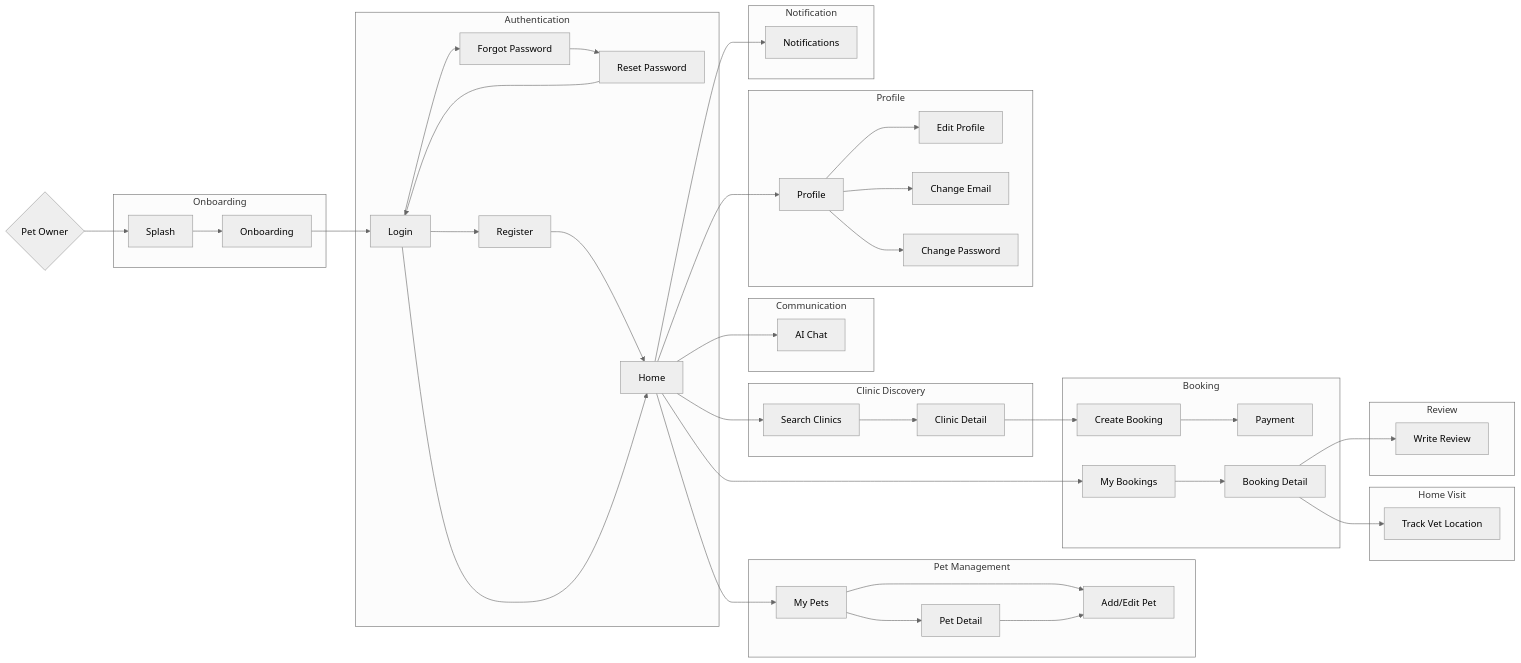
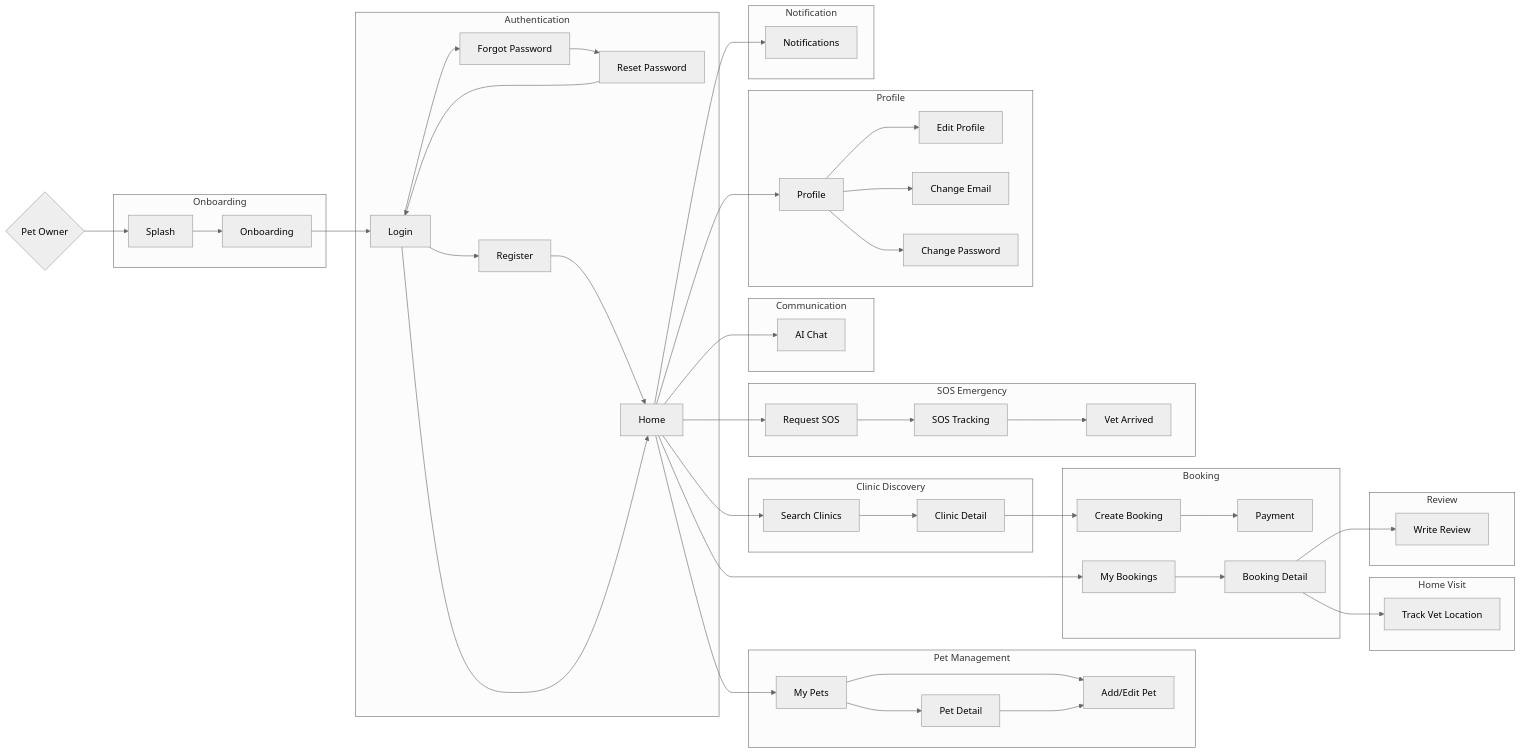
Before and after one commit to espresso23/Petties-Veterinary-Appointment-Booking-Platform: the third of 9 diagrams in docs-references/documentation/SRS/PETTIES_SRS.md, drawn with Mermaid (neutral theme). The commit also changed other lines of this file and 9 other files, not shown here.

````diff
--- a/docs-references/documentation/SRS/PETTIES_SRS.md
+++ b/docs-references/documentation/SRS/PETTIES_SRS.md
@@ -397,60 +284,66 @@
 ```mermaid
 flowchart LR
     PO{Pet Owner} --> Splash
 
     subgraph Onboarding
         Splash --> OnboardingScreen[Onboarding]
     end
 
     subgraph Authentication
         OnboardingScreen --> Login
         Login --> Register
         Login --> ForgotPassword[Forgot Password]
         ForgotPassword --> ResetPassword[Reset Password]
         ResetPassword --> Login
         Register --> Home
         Login --> Home
     end
 
     subgraph Pet_Management[Pet Management]
         Home --> MyPets[My Pets]
         MyPets --> PetDetail[Pet Detail]
         MyPets --> AddEditPet[Add/Edit Pet]
         PetDetail --> AddEditPet
     end
 
     subgraph Clinic_Discovery[Clinic Discovery]
         Home --> SearchClinics[Search Clinics]
         SearchClinics --> ClinicDetail[Clinic Detail]
     end
 
     subgraph Booking
         ClinicDetail --> CreateBooking[Create Booking]
         CreateBooking --> Payment
         Home --> MyBookings[My Bookings]
         MyBookings --> BookingDetail[Booking Detail]
     end
 
+    subgraph SOS_Emergency[SOS Emergency]
+        Home --> SOSRequest[Request SOS]
+        SOSRequest --> SOSTracking[SOS Tracking]
+        SOSTracking --> SOSArrived[Vet Arrived]
+    end
+
     subgraph Home_Visit[Home Visit]
         BookingDetail --> TrackVet[Track Vet Location]
     end
 
     subgraph Review
         BookingDetail --> WriteReview[Write Review]
     end
 
     subgraph Communication
         Home --> AIChat[AI Chat]
     end
 
     subgraph Profile
         Home --> ProfileScreen[Profile]
         ProfileScreen --> EditProfile[Edit Profile]
         ProfileScreen --> ChangeEmail[Change Email]
         ProfileScreen --> ChangePassword[Change Password]
     end
 
     subgraph Notification
         Home --> Notifications
     end
 ```
````
